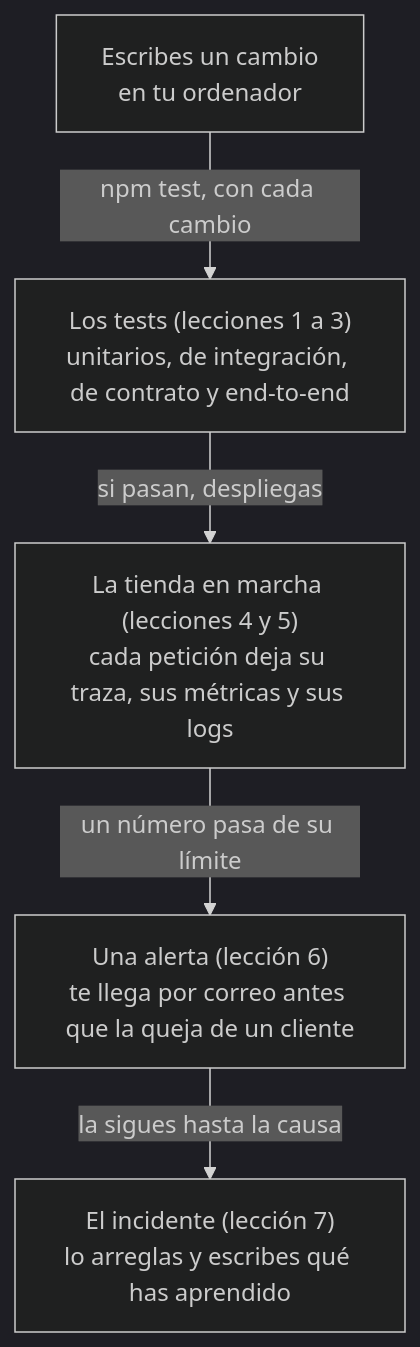
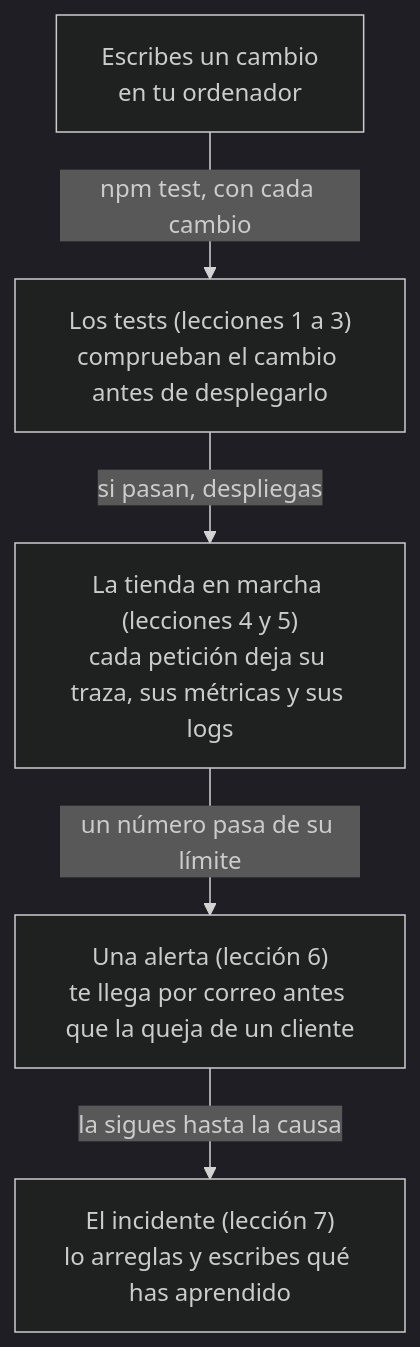
One commit to backendfromscratch/backend-from-scratch changed the diagram in web/src/content/docs/fase-10/index.mdx. Above: the diagram before and after it, drawn with Mermaid (dark theme). The commit also changed other lines of this file, not shown here.

Commit message:
fix(phase-10): set up the redis tests and polish the introduction after review

````diff
--- a/web/src/content/docs/fase-10/index.mdx
+++ b/web/src/content/docs/fase-10/index.mdx
@@ -85,7 +85,7 @@
 ```mermaid
 flowchart TB
-    A["Escribes un cambio<br/>en tu ordenador"] -->|npm test, con cada cambio| B["Los tests (lecciones 1 a 3)<br/>unitarios, de integración, de contrato y end-to-end"]
+    A["Escribes un cambio<br/>en tu ordenador"] -->|npm test, con cada cambio| B["Los tests (lecciones 1 a 3)<br/>comprueban el cambio antes de desplegarlo"]
     B -->|si pasan, despliegas| C["La tienda en marcha (lecciones 4 y 5)<br/>cada petición deja su traza, sus métricas y sus logs"]
     C -->|un número pasa de su límite| D["Una alerta (lección 6)<br/>te llega por correo antes que la queja de un cliente"]
     D -->|la sigues hasta la causa| E["El incidente (lección 7)<br/>lo arreglas y escribes qué has aprendido"]
 ```
````
